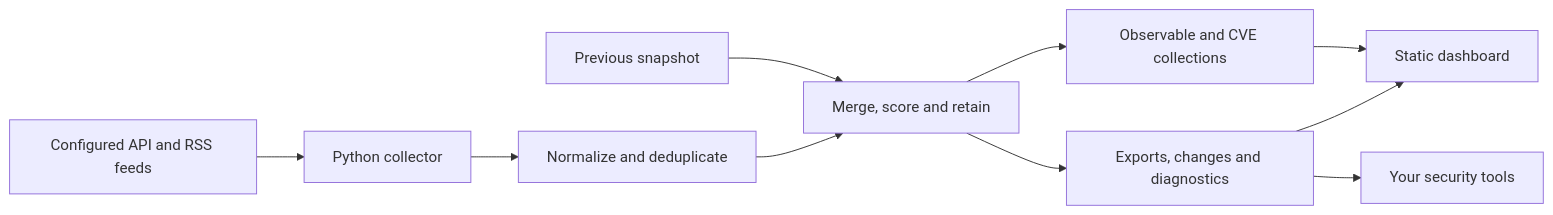
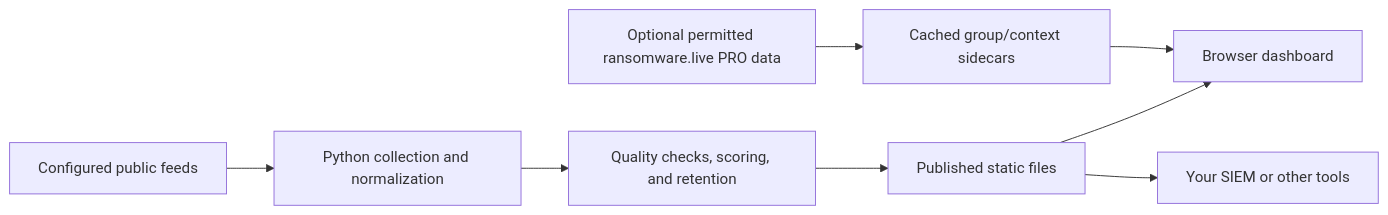
The diagram in README.md (PKHarsimran/SwiftIOC-Automated-Threat-Intelligence-Collector), drawn with Mermaid before and after one commit. The commit also changed other lines of this file and 21 other files, not shown here.

````diff
--- a/README.md
+++ b/README.md
@@ -96,12 +31,10 @@
 ```mermaid
 flowchart LR
-    A[Configured API and RSS feeds] --> B[Python collector]
-    B --> C[Normalize and deduplicate]
-    P[Previous snapshot] --> D[Merge, score and retain]
-    C --> D
-    D --> E[Observable and CVE collections]
-    D --> F[Exports, changes and diagnostics]
-    E --> G[Static dashboard]
-    F --> G
-    F --> H[Your security tools]
+  A[Configured public feeds] --> B[Python collection and normalization]
+  B --> C[Quality checks, scoring, and retention]
+  C --> D[Published static files]
+  D --> E[Browser dashboard]
+  D --> F[Your SIEM or other tools]
+  G[Optional permitted ransomware.live PRO data] --> H[Cached group/context sidecars]
+  H --> E
 ```
````
